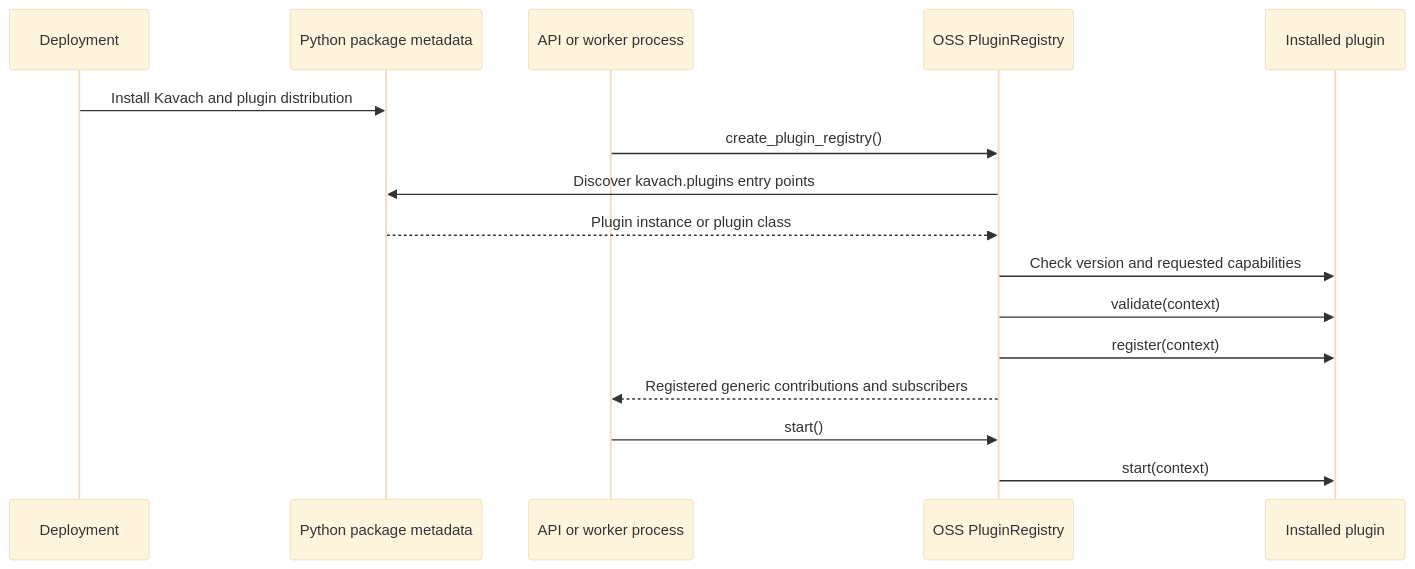
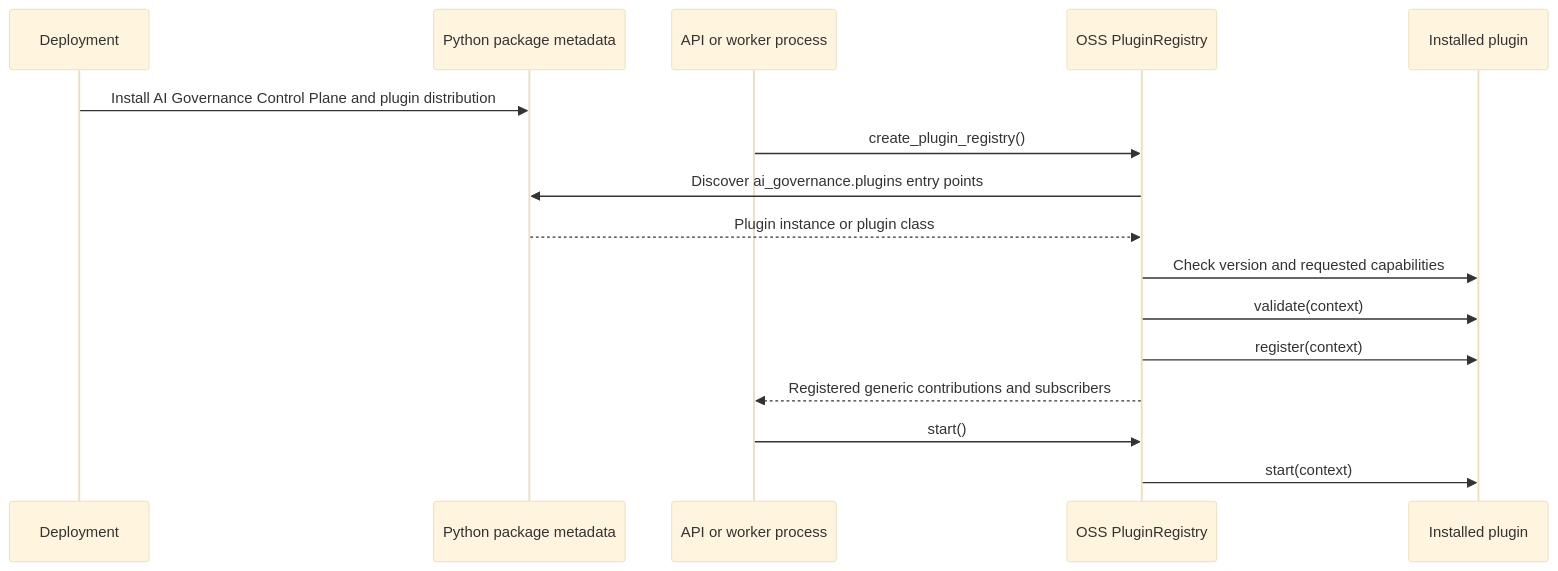
The first of 3 diagrams in docs/architecture/PLUGIN_EXTENSION_GUIDE.md (Bhanuj-AI/ai-governance-oss), drawn with Mermaid (base theme) before and after one commit. The commit also changed other lines of this file and 1211 other files, not shown here.

````diff
--- a/docs/architecture/PLUGIN_EXTENSION_GUIDE.md
+++ b/docs/architecture/PLUGIN_EXTENSION_GUIDE.md
@@ -48,19 +48,19 @@
 ```mermaid
 sequenceDiagram
     participant Deploy as Deployment
     participant Python as Python package metadata
     participant Host as API or worker process
     participant Registry as OSS PluginRegistry
     participant Plugin as Installed plugin
 
-    Deploy->>Python: Install Kavach and plugin distribution
+    Deploy->>Python: Install AI Governance Control Plane and plugin distribution
     Host->>Registry: create_plugin_registry()
-    Registry->>Python: Discover kavach.plugins entry points
+    Registry->>Python: Discover ai_governance.plugins entry points
     Python-->>Registry: Plugin instance or plugin class
     Registry->>Plugin: Check version and requested capabilities
     Registry->>Plugin: validate(context)
     Registry->>Plugin: register(context)
     Registry-->>Host: Registered generic contributions and subscribers
     Host->>Registry: start()
     Registry->>Plugin: start(context)
 ```
````
